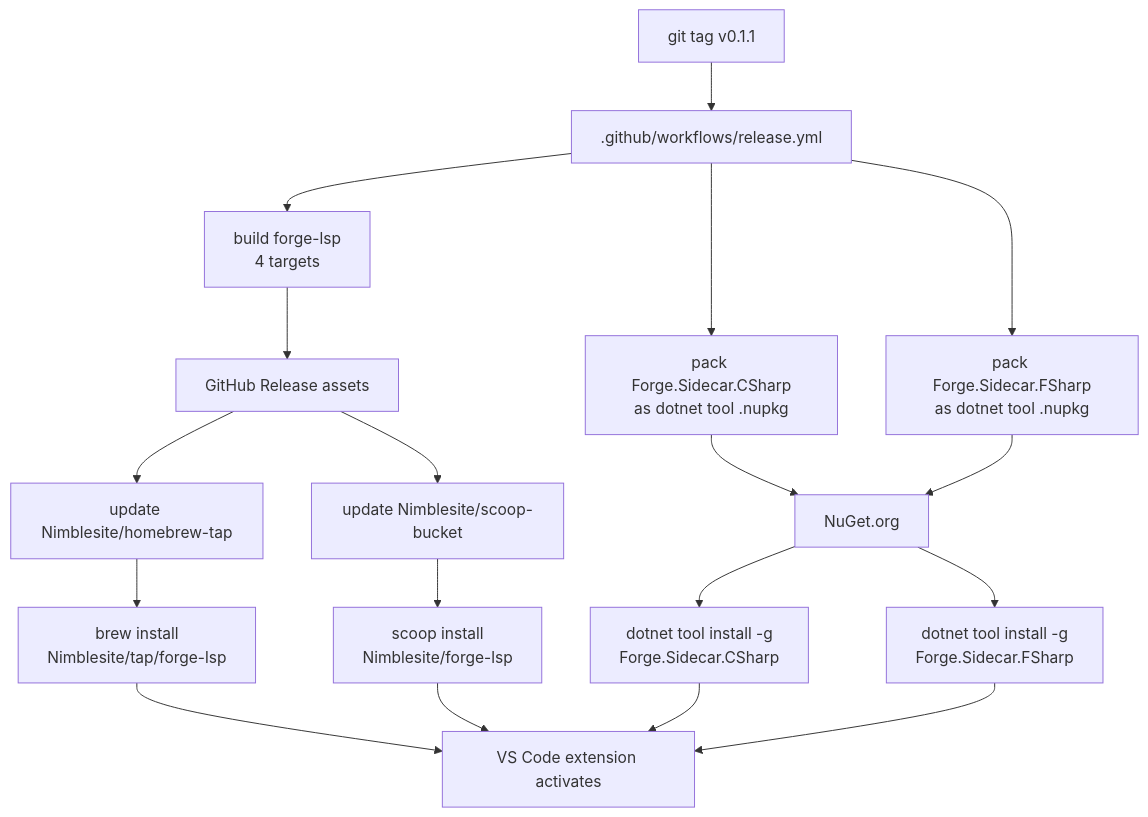
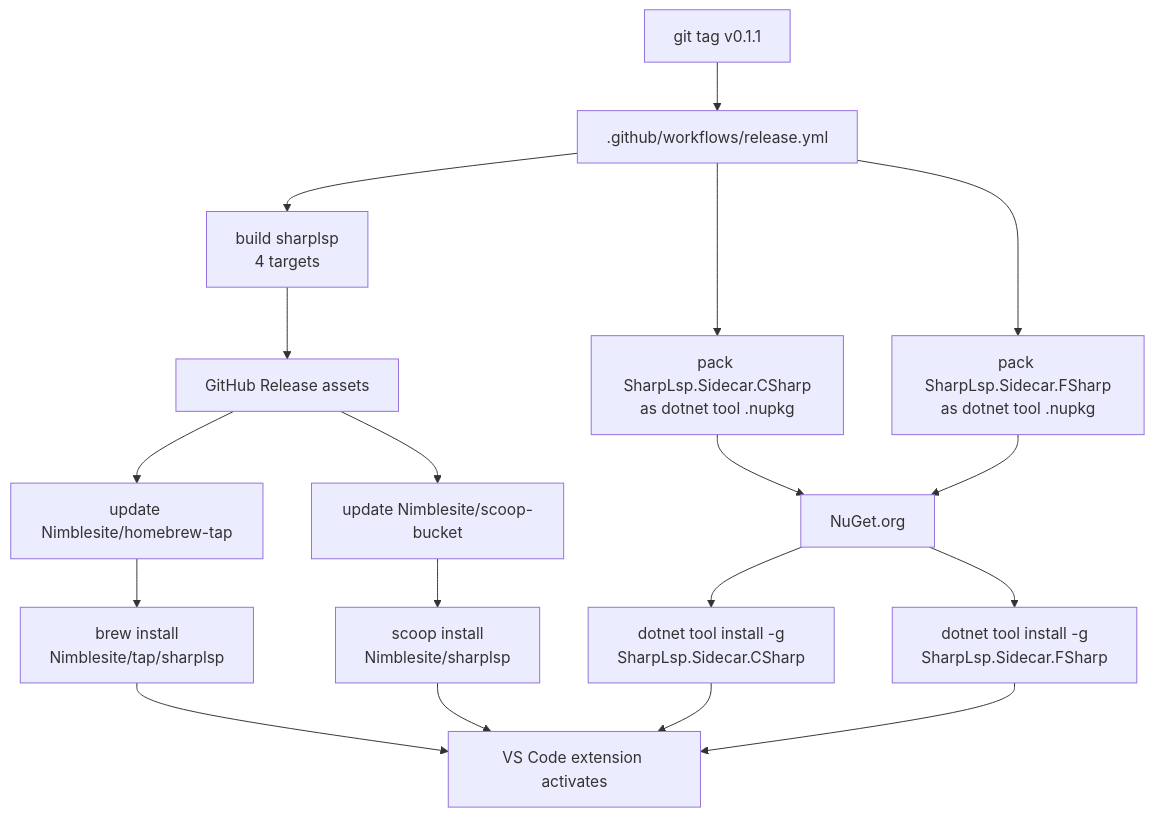
One commit to Nimblesite/SharpLsp changed the first of 2 diagrams in docs/specs/BINARY-DEPLOYMENT.md. Above: the diagram before and after it, drawn with Mermaid. The commit also changed other lines of this file and 479 other files, not shown here.

````diff
--- a/docs/specs/BINARY-DEPLOYMENT.md
+++ b/docs/specs/BINARY-DEPLOYMENT.md
@@ -35,17 +35,17 @@
 ```mermaid
 flowchart TD
     Tag["git tag v0.1.1"] --> Release[.github/workflows/release.yml]
-    Release --> BuildRust["build forge-lsp<br/>4 targets"]
-    Release --> PackCS["pack Forge.Sidecar.CSharp<br/>as dotnet tool .nupkg"]
-    Release --> PackFS["pack Forge.Sidecar.FSharp<br/>as dotnet tool .nupkg"]
+    Release --> BuildRust["build sharplsp<br/>4 targets"]
+    Release --> PackCS["pack SharpLsp.Sidecar.CSharp<br/>as dotnet tool .nupkg"]
+    Release --> PackFS["pack SharpLsp.Sidecar.FSharp<br/>as dotnet tool .nupkg"]
     BuildRust --> GH[GitHub Release assets]
     PackCS --> Nuget[NuGet.org]
     PackFS --> Nuget
     GH --> Brew[update Nimblesite/homebrew-tap]
     GH --> Scoop[update Nimblesite/scoop-bucket]
-    Brew --> UserBrew["brew install<br/>Nimblesite/tap/forge-lsp"]
-    Scoop --> UserScoop["scoop install<br/>Nimblesite/forge-lsp"]
-    Nuget --> UserCS["dotnet tool install -g<br/>Forge.Sidecar.CSharp"]
-    Nuget --> UserFS["dotnet tool install -g<br/>Forge.Sidecar.FSharp"]
+    Brew --> UserBrew["brew install<br/>Nimblesite/tap/sharplsp"]
+    Scoop --> UserScoop["scoop install<br/>Nimblesite/sharplsp"]
+    Nuget --> UserCS["dotnet tool install -g<br/>SharpLsp.Sidecar.CSharp"]
+    Nuget --> UserFS["dotnet tool install -g<br/>SharpLsp.Sidecar.FSharp"]
     UserBrew & UserScoop & UserCS & UserFS --> VSIX[VS Code extension activates]
 ```
````
